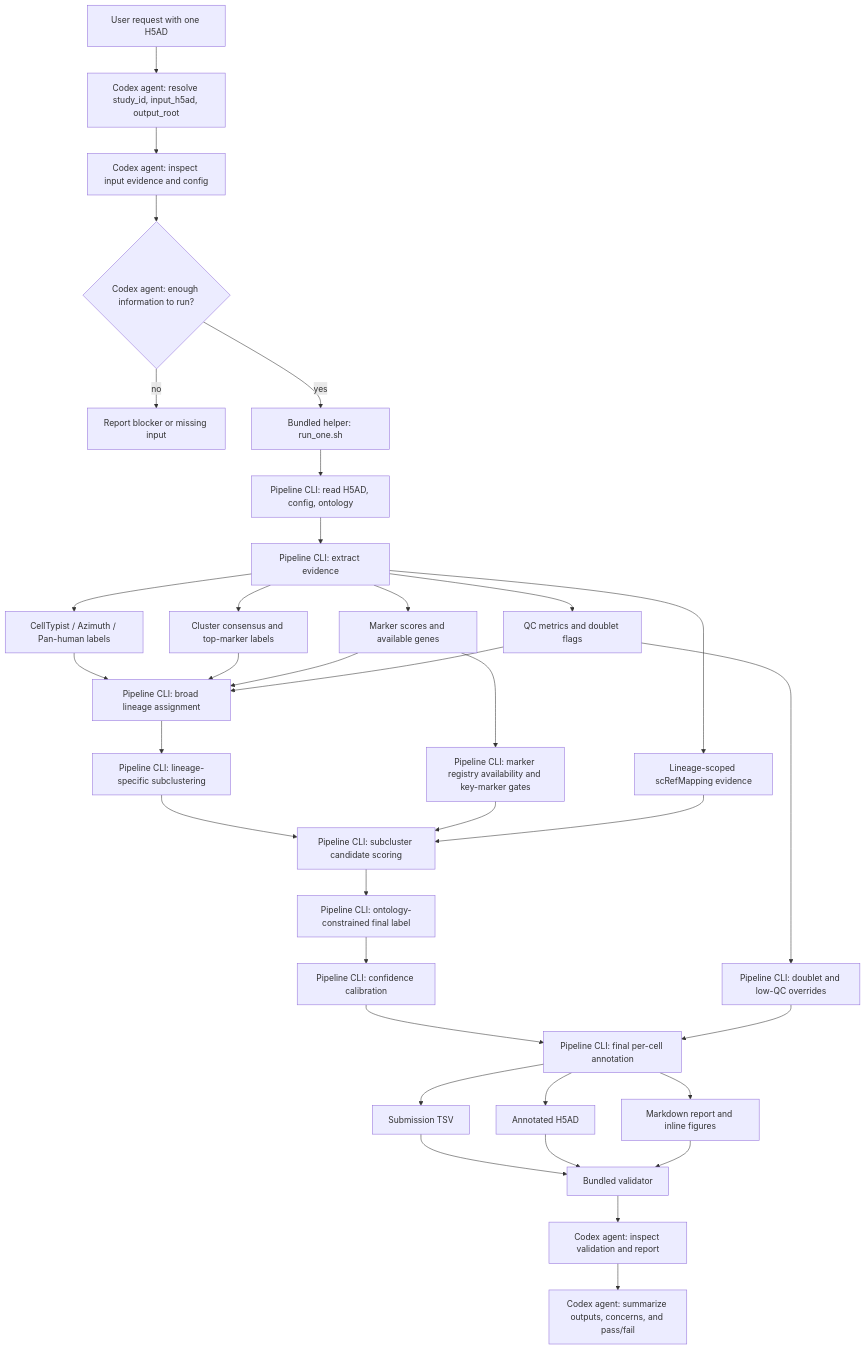
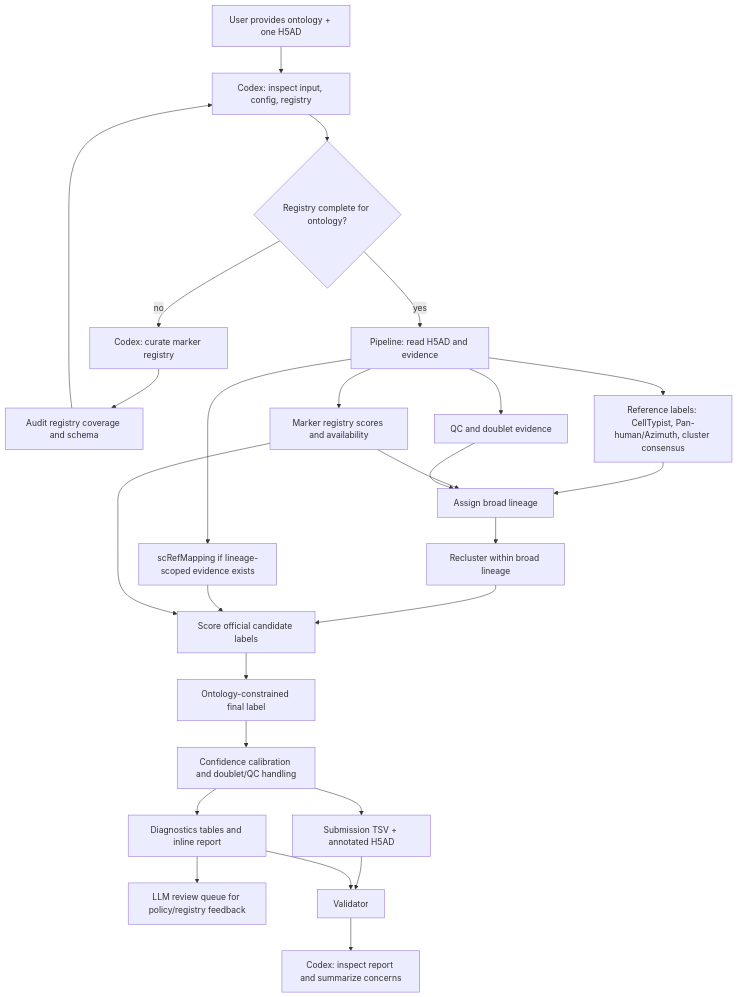
The diagram in README.md (yyoshiaki/hipc-scrna-seq-annotation-submission), drawn with Mermaid before and after one commit. The commit also changed other lines of this file and 531 other files, not shown here.

````diff
--- a/README.md
+++ b/README.md
@@ -115,40 +89,30 @@
 ```mermaid
 flowchart TD
-    U[User request with one H5AD] --> A0[Codex agent: resolve study_id, input_h5ad, output_root]
-    A0 --> A1[Codex agent: inspect input evidence and config]
-    A1 --> A2{Codex agent: enough information to run?}
-    A2 -- no --> A3[Report blocker or missing input]
-    A2 -- yes --> H0[Bundled helper: run_one.sh]
+    U[User provides ontology + one H5AD] --> C1[Codex: inspect input, config, registry]
+    C1 --> R1{Registry complete for ontology?}
+    R1 -- no --> R2[Codex: curate marker registry]
+    R2 --> R3[Audit registry coverage and schema]
+    R3 --> C1
+    R1 -- yes --> P0[Pipeline: read H5AD and evidence]
 
-    H0 --> P0[Pipeline CLI: read H5AD, config, ontology]
-    P0 --> P1[Pipeline CLI: extract evidence]
-    P1 --> E1[CellTypist / Azimuth / Pan-human labels]
-    P1 --> E2[Cluster consensus and top-marker labels]
-    P1 --> E3[Marker scores and available genes]
-    P1 --> E4[QC metrics and doublet flags]
-    P1 --> E5[Lineage-scoped scRefMapping evidence]
+    P0 --> E1[Reference labels: CellTypist, Pan-human/Azimuth, cluster consensus]
+    P0 --> E2[Marker registry scores and availability]
+    P0 --> E3[QC and doublet evidence]
+    P0 --> E4[scRefMapping if lineage-scoped evidence exists]
 
-    E1 --> B[Pipeline CLI: broad lineage assignment]
+    E1 --> B[Assign broad lineage]
     E2 --> B
     E3 --> B
-    E4 --> B
-    E3 --> G[Pipeline CLI: marker registry availability and key-marker gates]
-    B --> S[Pipeline CLI: lineage-specific subclustering]
-    S --> C[Pipeline CLI: subcluster candidate scoring]
-    G --> C
-    E5 --> C
-    C --> L[Pipeline CLI: ontology-constrained final label]
-    L --> Q[Pipeline CLI: confidence calibration]
-    E4 --> O[Pipeline CLI: doublet and low-QC overrides]
-    Q --> F[Pipeline CLI: final per-cell annotation]
-    O --> F
-
-    F --> T1[Submission TSV]
-    F --> T2[Annotated H5AD]
-    F --> T3[Markdown report and inline figures]
-    T1 --> V[Bundled validator]
-    T2 --> V
-    T3 --> V
-    V --> R0[Codex agent: inspect validation and report]
-    R0 --> R1[Codex agent: summarize outputs, concerns, and pass/fail]
+    B --> S[Recluster within broad lineage]
+    S --> F[Score official candidate labels]
+    E4 --> F
+    E2 --> F
+    F --> O[Ontology-constrained final label]
+    O --> Q[Confidence calibration and doublet/QC handling]
+    Q --> T[Submission TSV + annotated H5AD]
+    Q --> D[Diagnostics tables and inline report]
+    D --> L[LLM review queue for policy/registry feedback]
+    T --> V[Validator]
+    D --> V
+    V --> C2[Codex: inspect report and summarize concerns]
 ```
````
